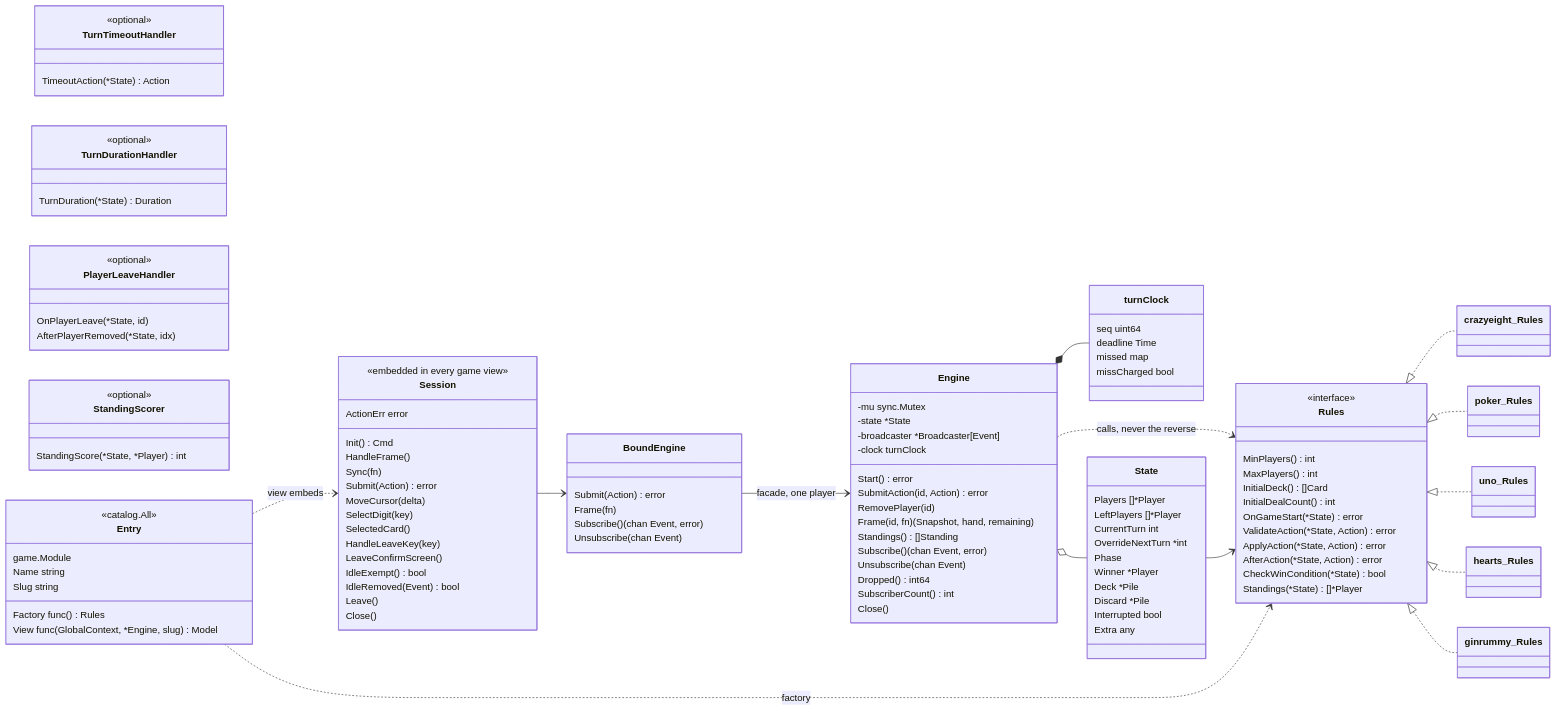
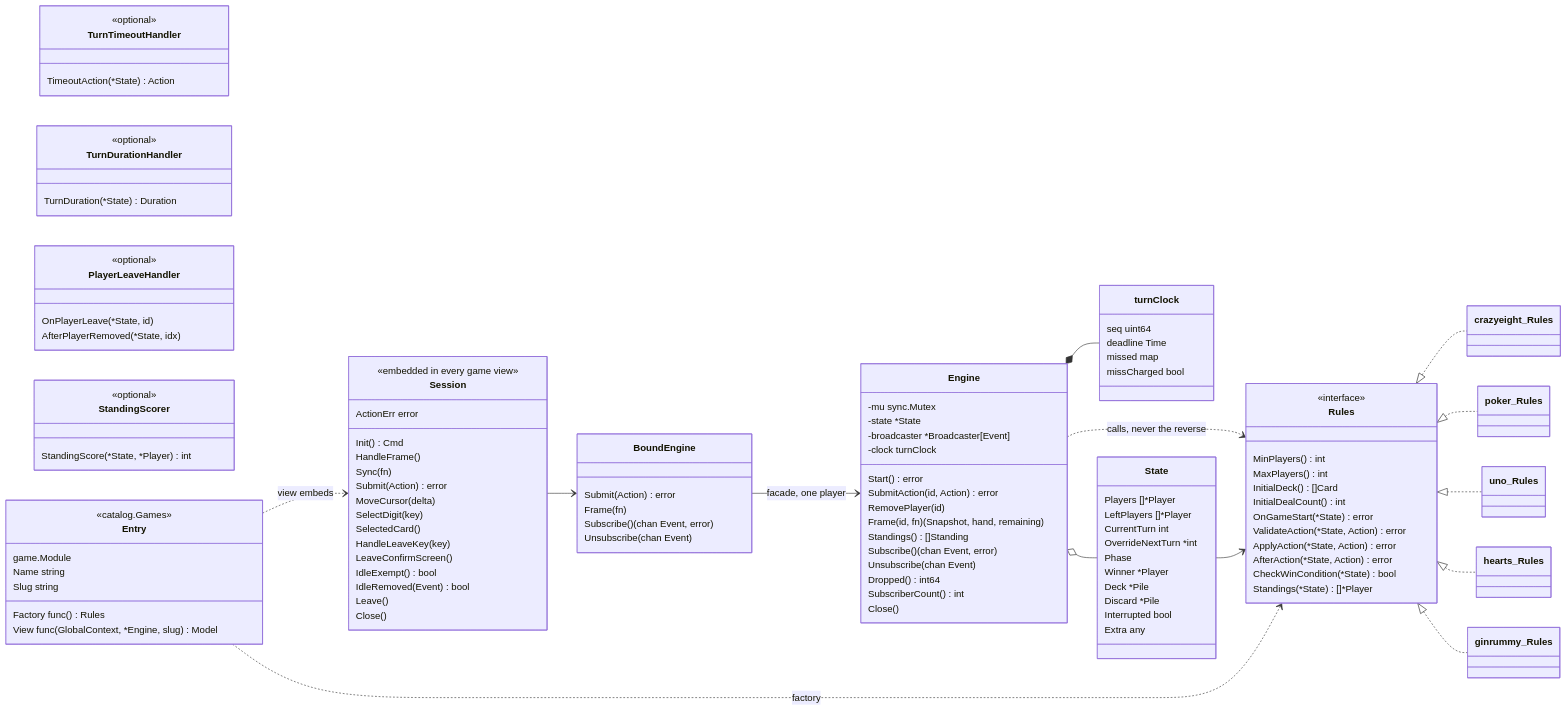
Before and after one commit to Pieczasz/tty-cards: the tenth of 11 diagrams in docs/codebase-map.md, drawn with Mermaid. The commit also changed other lines of this file and 8 other files, not shown here.

Commit message:
docs: architecture, decisions, security and guides for the review and capacity work

```diff
--- a/docs/codebase-map.md
+++ b/docs/codebase-map.md
@@ -426,7 +435,7 @@
         Close()
     }
     class Entry {
-        <<catalog.All>>
+        <<catalog.Games>>
         game.Module
         Name string
         Slug string
```
